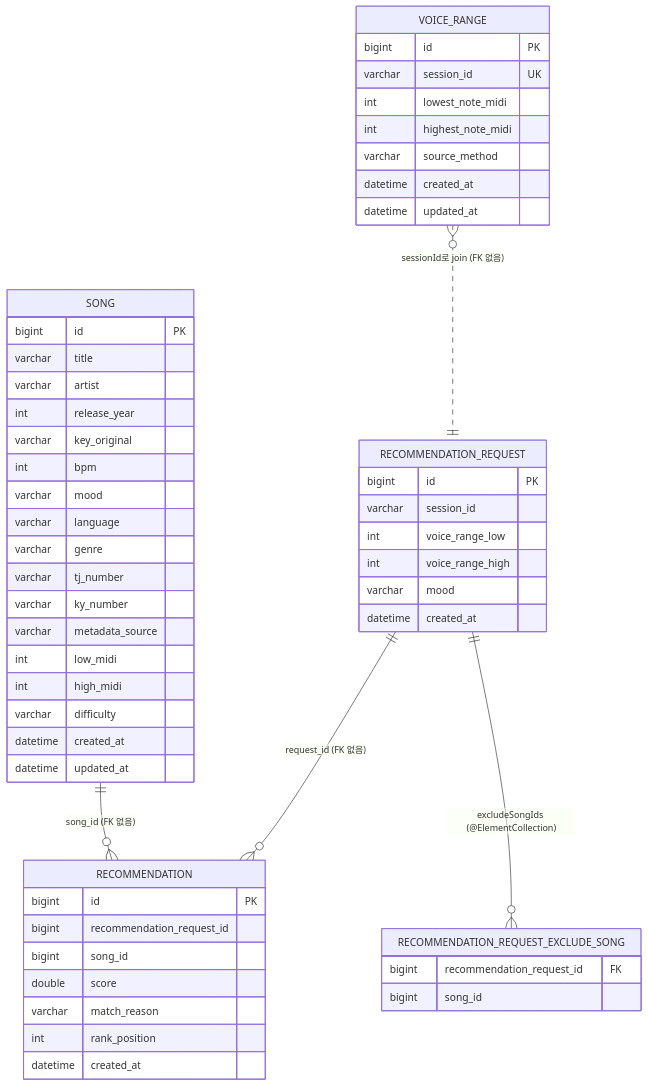
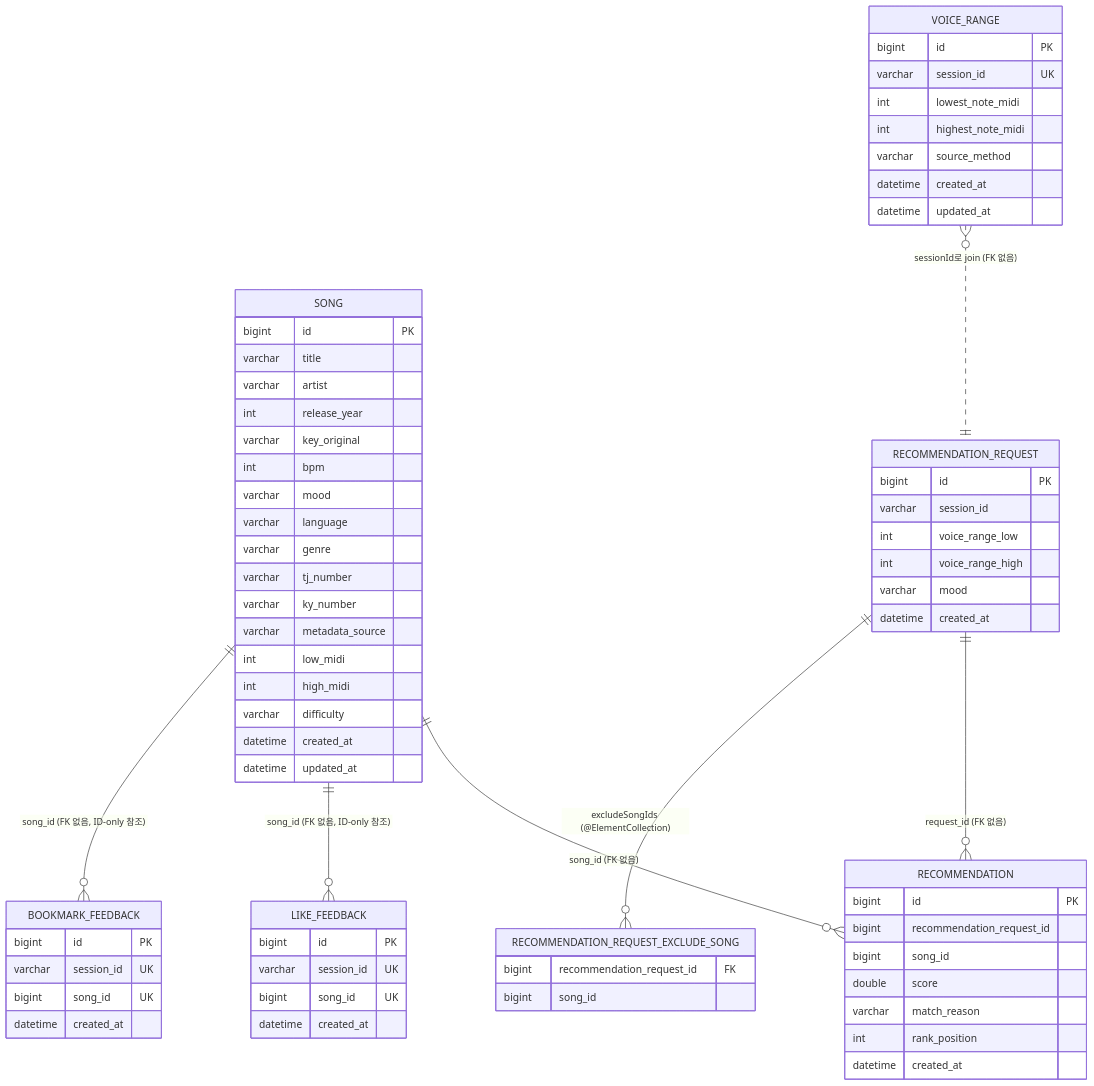
One commit to goohong/mobruji changed the diagram in docs/ai-harness/06-domain-model.md. Above: the diagram before and after it, drawn with Mermaid. The commit also changed other lines of this file and 18 other files, not shown here.

First line of the commit message:
feat(feedback): Like/Bookmark domain + CRUD API + V2 마이그레이션

````diff
--- a/docs/ai-harness/06-domain-model.md
+++ b/docs/ai-harness/06-domain-model.md
@@ -113,61 +136,77 @@
 ```mermaid
 erDiagram
     VOICE_RANGE {
         bigint id PK
         varchar session_id UK
         int lowest_note_midi
         int highest_note_midi
         varchar source_method
         datetime created_at
         datetime updated_at
     }
 
     SONG {
         bigint id PK
         varchar title
         varchar artist
         int release_year
         varchar key_original
         int bpm
         varchar mood
         varchar language
         varchar genre
         varchar tj_number
         varchar ky_number
         varchar metadata_source
         int low_midi
         int high_midi
         varchar difficulty
         datetime created_at
         datetime updated_at
     }
 
     RECOMMENDATION_REQUEST {
         bigint id PK
         varchar session_id
         int voice_range_low
         int voice_range_high
         varchar mood
         datetime created_at
     }
 
     RECOMMENDATION {
         bigint id PK
         bigint recommendation_request_id
         bigint song_id
         double score
         varchar match_reason
         int rank_position
         datetime created_at
     }
 
     RECOMMENDATION_REQUEST_EXCLUDE_SONG {
         bigint recommendation_request_id FK
         bigint song_id
     }
 
+    LIKE_FEEDBACK {
+        bigint id PK
+        varchar session_id UK
+        bigint song_id UK
+        datetime created_at
+    }
+
+    BOOKMARK_FEEDBACK {
+        bigint id PK
+        varchar session_id UK
+        bigint song_id UK
+        datetime created_at
+    }
+
     SONG ||--o{ RECOMMENDATION : "song_id (FK 없음)"
     RECOMMENDATION_REQUEST ||--o{ RECOMMENDATION : "request_id (FK 없음)"
     RECOMMENDATION_REQUEST ||--o{ RECOMMENDATION_REQUEST_EXCLUDE_SONG : "excludeSongIds (@ElementCollection)"
     VOICE_RANGE }o..|| RECOMMENDATION_REQUEST : "sessionId로 join (FK 없음)"
+    SONG ||--o{ LIKE_FEEDBACK : "song_id (FK 없음, ID-only 참조)"
+    SONG ||--o{ BOOKMARK_FEEDBACK : "song_id (FK 없음, ID-only 참조)"
 ```
````
